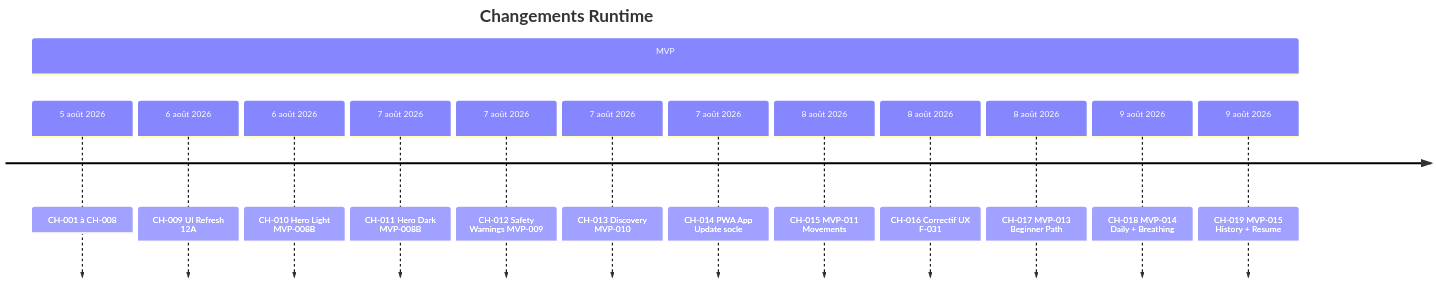
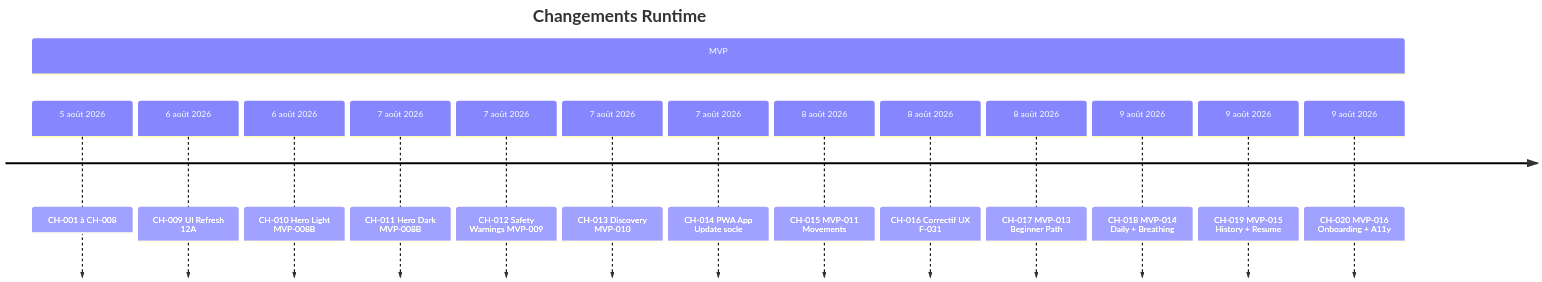
The diagram in docs/runtime/17_CHANGE_HISTORY.md (JavaChrist/Tai-Chi-AI-Coach), drawn with Mermaid before and after one commit. The commit also changed other lines of this file and 27 other files, not shown here.

First line of the commit message:
feat(accessibility): complete MVP-016 onboarding settings and accessibility

````diff
--- a/docs/runtime/17_CHANGE_HISTORY.md
+++ b/docs/runtime/17_CHANGE_HISTORY.md
@@ -54,17 +55,18 @@
 ```mermaid
 timeline
   title Changements Runtime
   section MVP
     5 août 2026 : CH-001 à CH-008
     6 août 2026 : CH-009 UI Refresh 12A
     6 août 2026 : CH-010 Hero Light MVP-008B
     7 août 2026 : CH-011 Hero Dark MVP-008B
     7 août 2026 : CH-012 Safety Warnings MVP-009
     7 août 2026 : CH-013 Discovery MVP-010
     7 août 2026 : CH-014 PWA App Update socle
     8 août 2026 : CH-015 MVP-011 Movements
     8 août 2026 : CH-016 Correctif UX F-031
     8 août 2026 : CH-017 MVP-013 Beginner Path
     9 août 2026 : CH-018 MVP-014 Daily + Breathing
     9 août 2026 : CH-019 MVP-015 History + Resume
+    9 août 2026 : CH-020 MVP-016 Onboarding + A11y
 ```
````
